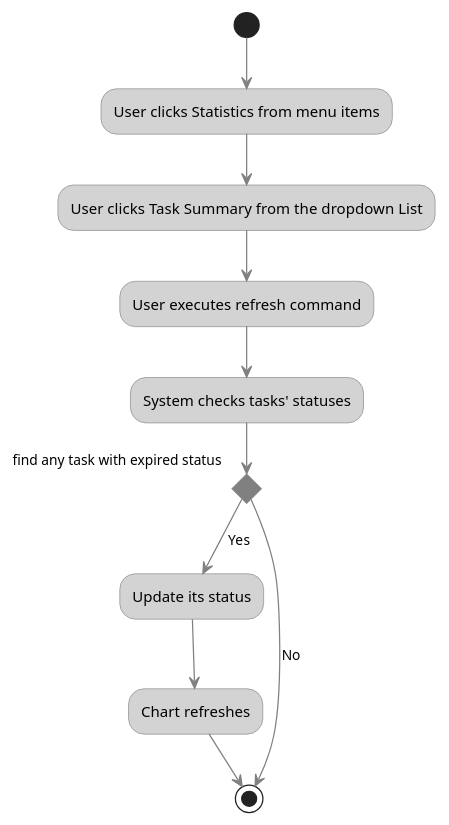
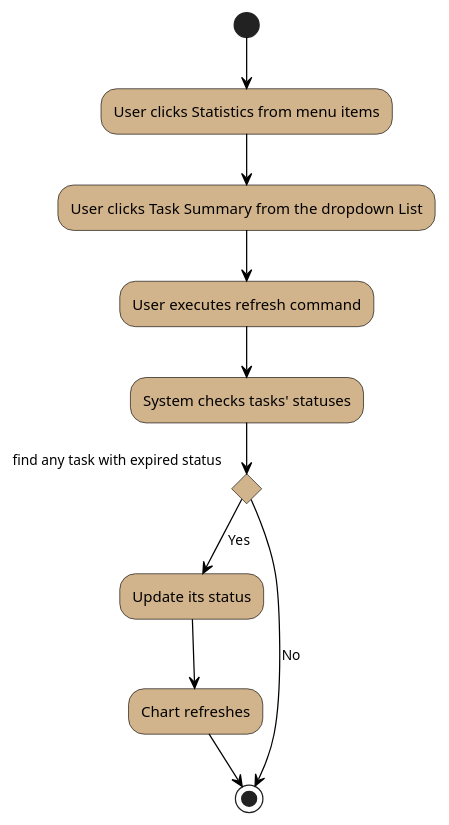
The diagram in docs/diagrams/TaskSummaryWithRefreshCommandActivityDiagram.puml (wyt-sonia/main), drawn with PlantUML before and after one commit. The commit also changed 15 other files, not shown here.

```diff
--- a/docs/diagrams/TaskSummaryWithRefreshCommandActivityDiagram.puml
+++ b/docs/diagrams/TaskSummaryWithRefreshCommandActivityDiagram.puml
@@ -1,20 +1,20 @@
 @startuml
 
-skinparam ActivityBackgroundColor #lightgrey
-skinparam ActivityBorderColor #grey
-skinparam activityDiamondBorderColor #grey
-skinparam activityDiamondBackgroundColor #grey
-skinparam arrowColor #grey
+skinparam ActivityBackgroundColor #tan
+skinparam ActivityBorderColor #black
+skinparam activityDiamondBorderColor #black
+skinparam activityDiamondBackgroundColor #tan
+skinparam arrowColor #black
 
 
 (*)  --> "User clicks Statistics from menu items"
 --> "User clicks Task Summary from the dropdown List"
 --> "User executes refresh command"
 --> "System checks tasks' statuses"
 If "find any task with expired status" then
 --> [Yes] "Update its status"
 --> "Chart refreshes"
 --> (*)
 else
 --> [No] (*)
 @enduml
```
